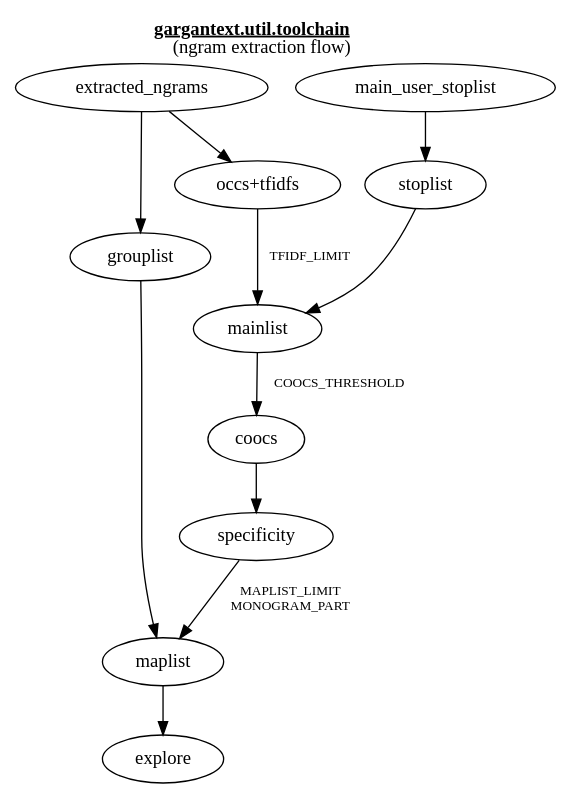
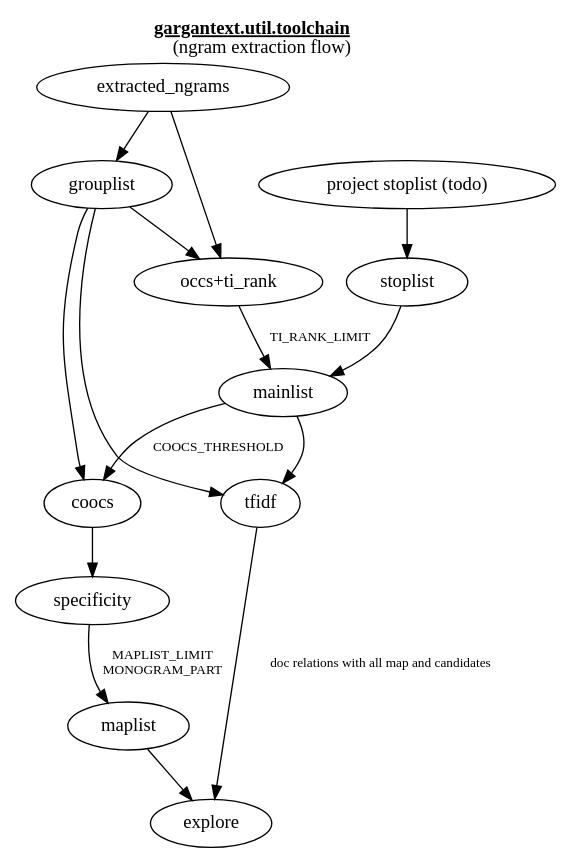
Before and after one commit to ISCPIF/python-gargantext: the diagram in doc/schemas/ngram_parsing_flow.dot, drawn with Graphviz. The commit also changed 4 other files, not shown here.

```diff
--- a/doc/schemas/ngram_parsing_flow.dot
+++ b/doc/schemas/ngram_parsing_flow.dot
@@ -1,20 +1,24 @@
 // dot ngram_parsing_flow.dot -Tpng -o ngram_parsing_flow.png
 digraph ngramflow {
 
     edge [fontsize=10] ;
     label=<<B><U>gargantext.util.toolchain</U></B><BR/>(ngram extraction flow)>;
     labelloc="t" ;
 
     "extracted_ngrams" -> "grouplist" ;
-    "extracted_ngrams" -> "occs+tfidfs" ;
-    "main_user_stoplist" -> "stoplist" ;
+    "extracted_ngrams" -> "occs+ti_rank" ;
+    "project stoplist (todo)" -> "stoplist" ;
     "stoplist" -> "mainlist" ;
-    "occs+tfidfs" -> "mainlist" [label="  TFIDF_LIMIT"];
+    "occs+ti_rank" -> "mainlist" [label="  TI_RANK_LIMIT"];
     "mainlist" -> "coocs" [label="  COOCS_THRESHOLD"] ;
     "coocs" -> "specificity" ;
 
     "specificity" -> "maplist" [label="MAPLIST_LIMIT\nMONOGRAM_PART"];
 
+    "mainlist" -> "tfidf" ;
+    "tfidf" -> "explore" [label="doc relations with all map and candidates"];
     "maplist" -> "explore" ;
-    "grouplist" -> "maplist" ;
+    "grouplist" -> "occs+ti_rank" ;
+    "grouplist" -> "coocs" ;
+    "grouplist" -> "tfidf" ;
 }
```
